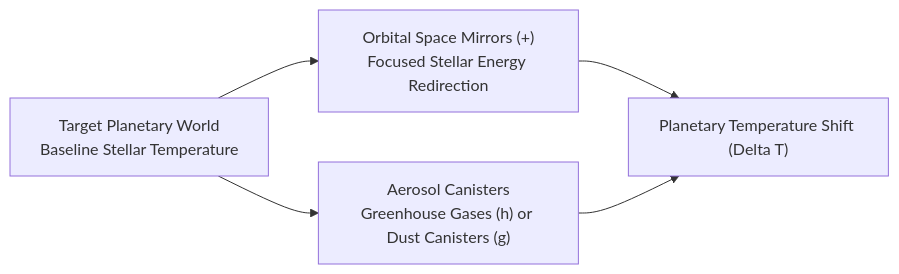
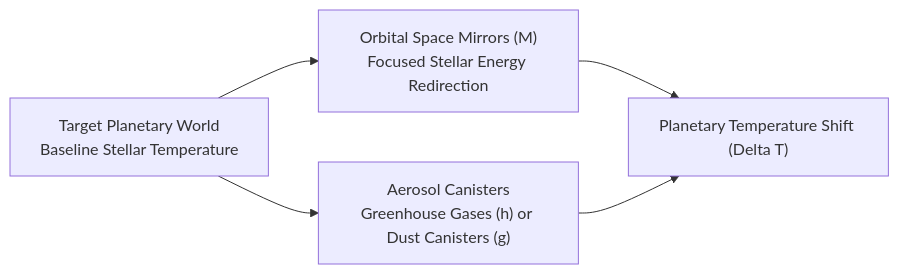
The second of 5 diagrams in docs/geoengineering.md (kaladron/galactic-bloodshed), drawn with Mermaid before and after one commit. The commit also changed other lines of this file and 6 other files, not shown here.

````diff
--- a/docs/geoengineering.md
+++ b/docs/geoengineering.md
@@ -23,7 +23,7 @@
 ```mermaid
 flowchart LR
-    Target["Target Planetary World\nBaseline Stellar Temperature"] --> Mirror["Orbital Space Mirrors (+)\nFocused Stellar Energy Redirection"]
+    Target["Target Planetary World\nBaseline Stellar Temperature"] --> Mirror["Orbital Space Mirrors (M)\nFocused Stellar Energy Redirection"]
     Target --> Aerosols["Aerosol Canisters\nGreenhouse Gases (h) or Dust Canisters (g)"]
     Mirror --> Shift["Planetary Temperature Shift (Delta T)"]
     Aerosols --> Shift
 ```
````
